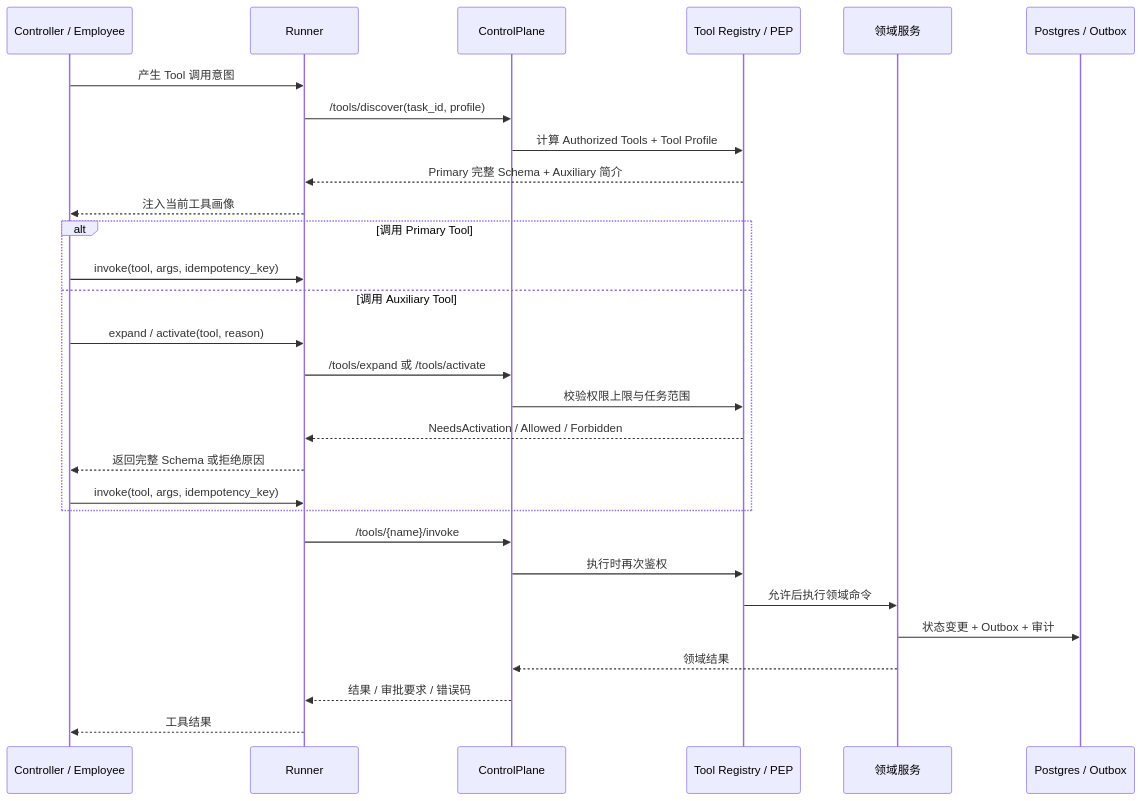
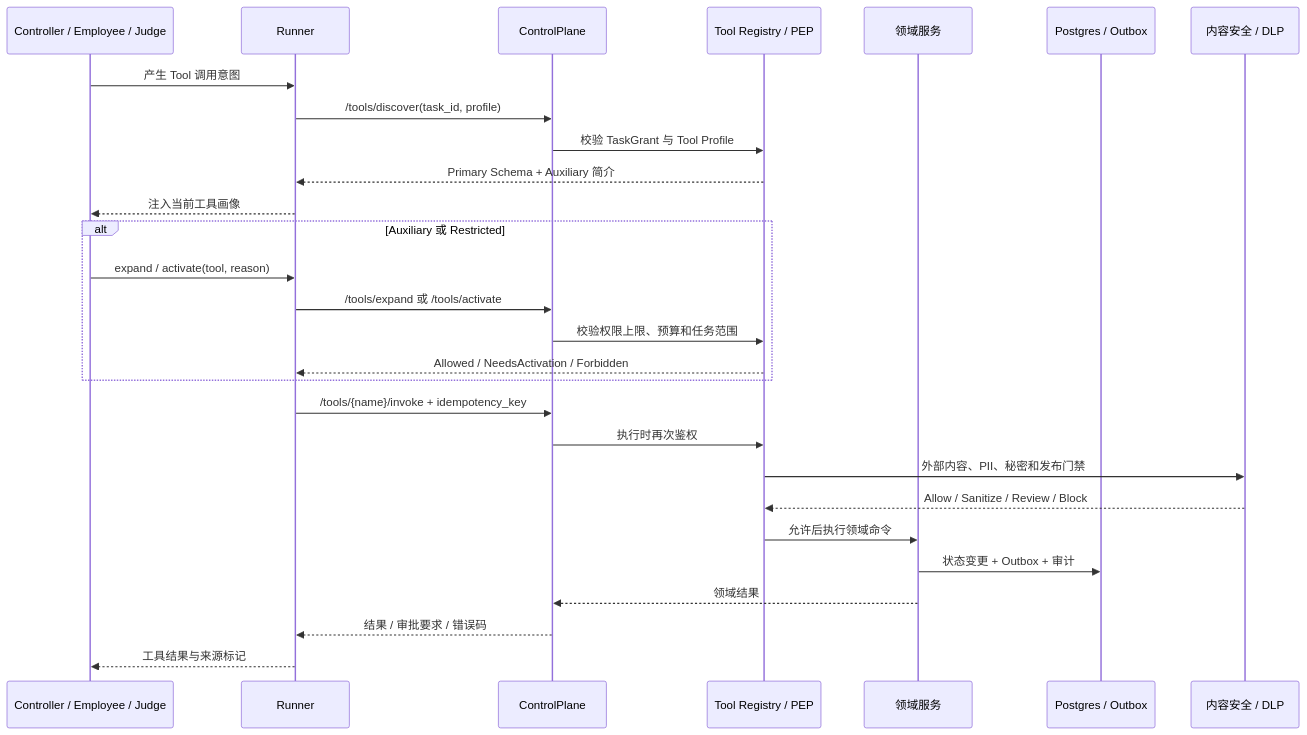
One commit to wosledon/regent-agent changed the second of 10 diagrams in docs/Regent-Agent-架构流程图.md. Above: the diagram before and after it, drawn with Mermaid. The commit also changed other lines of this file, not shown here.

Commit message:
docs: refresh architecture diagrams for Q-027 through Q-052

````diff
--- a/docs/Regent-Agent-架构流程图.md
+++ b/docs/Regent-Agent-架构流程图.md
@@ -172,34 +205,33 @@
 ```mermaid
 sequenceDiagram
-    participant Agent as Controller / Employee
+    participant Agent as Controller / Employee / Judge
     participant Runner as Runner
     participant CP as ControlPlane
-    participant Registry as Tool Registry / PEP
+    participant PEP as Tool Registry / PEP
     participant Domain as 领域服务
     participant DB as Postgres / Outbox
+    participant Content as 内容安全 / DLP
 
     Agent->>Runner: 产生 Tool 调用意图
     Runner->>CP: /tools/discover(task_id, profile)
-    CP->>Registry: 计算 Authorized Tools + Tool Profile
-    Registry-->>Runner: Primary 完整 Schema + Auxiliary 简介
+    CP->>PEP: 校验 TaskGrant 与 Tool Profile
+    PEP-->>Runner: Primary Schema + Auxiliary 简介
     Runner-->>Agent: 注入当前工具画像
 
-    alt 调用 Primary Tool
-        Agent->>Runner: invoke(tool, args, idempotency_key)
-    else 调用 Auxiliary Tool
+    alt Auxiliary 或 Restricted
         Agent->>Runner: expand / activate(tool, reason)
         Runner->>CP: /tools/expand 或 /tools/activate
-        CP->>Registry: 校验权限上限与任务范围
-        Registry-->>Runner: NeedsActivation / Allowed / Forbidden
-        Runner-->>Agent: 返回完整 Schema 或拒绝原因
-        Agent->>Runner: invoke(tool, args, idempotency_key)
+        CP->>PEP: 校验权限上限、预算和任务范围
+        PEP-->>Runner: Allowed / NeedsActivation / Forbidden
     end
 
-    Runner->>CP: /tools/{name}/invoke
-    CP->>Registry: 执行时再次鉴权
-    Registry->>Domain: 允许后执行领域命令
+    Runner->>CP: /tools/{name}/invoke + idempotency_key
+    CP->>PEP: 执行时再次鉴权
+    PEP->>Content: 外部内容、PII、秘密和发布门禁
+    Content-->>PEP: Allow / Sanitize / Review / Block
+    PEP->>Domain: 允许后执行领域命令
     Domain->>DB: 状态变更 + Outbox + 审计
     Domain-->>CP: 领域结果
     CP-->>Runner: 结果 / 审批要求 / 错误码
-    Runner-->>Agent: 工具结果
+    Runner-->>Agent: 工具结果与来源标记
 ```
````
